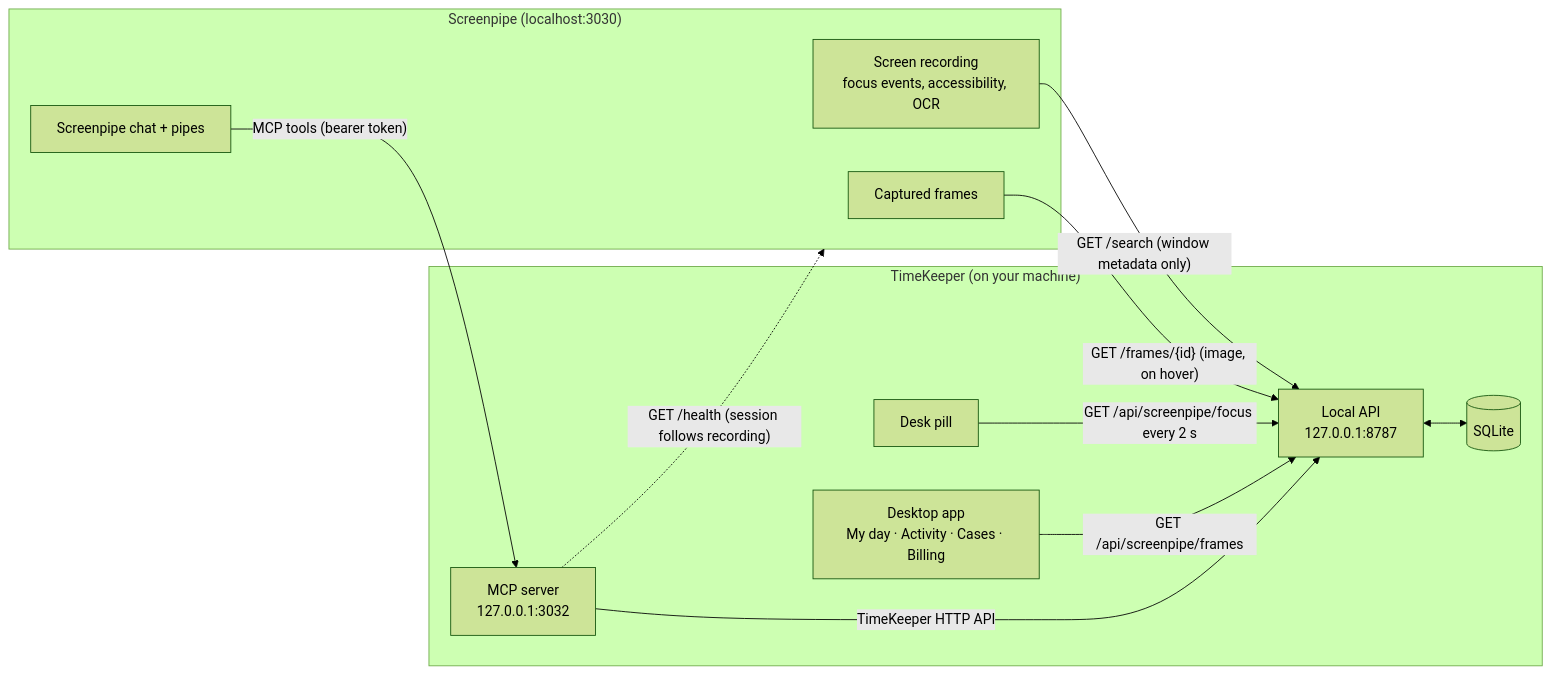
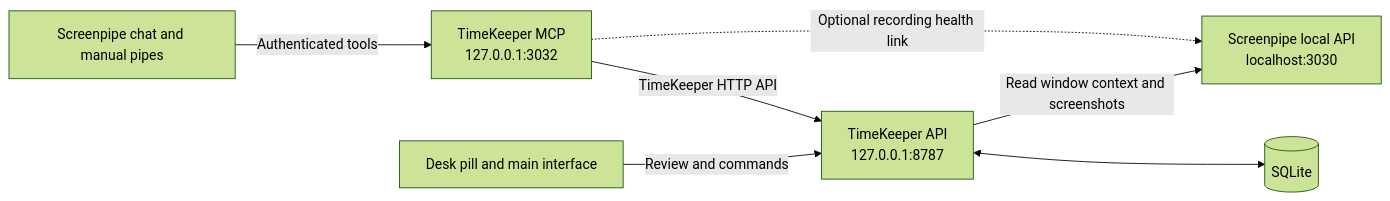
The diagram in README.md (Rajavik-git/TimeKeeper), drawn with Mermaid (forest theme) before and after one commit. The commit also changed other lines of this file and 18 other files, not shown here.

````diff
--- a/README.md
+++ b/README.md
@@ -80,23 +127,15 @@
 ```mermaid
 flowchart LR
-  subgraph Screenpipe["Screenpipe (localhost:3030)"]
-    Rec[Screen recording<br/>focus events, accessibility, OCR]
-    Frames[Captured frames]
-    Chat[Screenpipe chat + pipes]
-  end
-  subgraph TimeKeeper["TimeKeeper (on your machine)"]
-    API[Local API<br/>127.0.0.1:8787]
-    DB[(SQLite)]
-    Pill[Desk pill]
-    UI[Desktop app<br/>My day · Activity · Cases · Billing]
-    MCP[MCP server<br/>127.0.0.1:3032]
-  end
-  Rec -- "GET /search (window metadata only)" --> API
-  Frames -- "GET /frames/{id} (image, on hover)" --> API
+  Screenpipe["Screenpipe local API<br/>localhost:3030"]
+  API["TimeKeeper API<br/>127.0.0.1:8787"]
+  DB[(SQLite)]
+  UI["Desk pill and main interface"]
+  Chat["Screenpipe chat and manual pipes"]
+  MCP["TimeKeeper MCP<br/>127.0.0.1:3032"]
+  API -- "Read window context and screenshots" --> Screenpipe
+  UI -- "Review and commands" --> API
   API <--> DB
-  Pill -- "GET /api/screenpipe/focus every 2 s" --> API
-  UI -- "GET /api/screenpipe/frames" --> API
-  Chat -- "MCP tools (bearer token)" --> MCP
+  Chat -- "Authenticated tools" --> MCP
   MCP -- "TimeKeeper HTTP API" --> API
-  MCP -. "GET /health (session follows recording)" .-> Screenpipe
+  MCP -. "Optional recording health link" .-> Screenpipe
 ```
````
